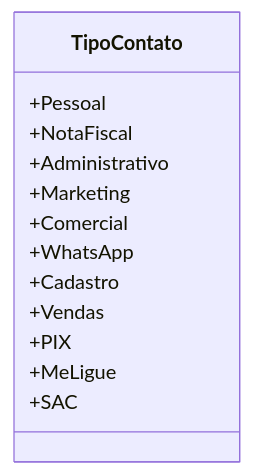
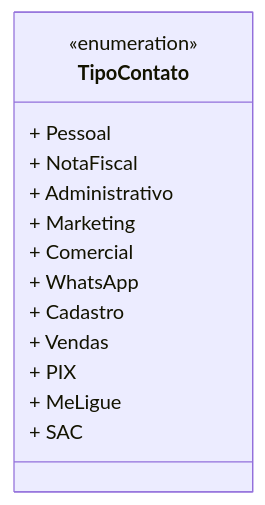
Before and after one commit to IsthmusSistemas/documentacao-tecnica: the diagram in docs/b2b-dominio/IsthmusWinthor.Nucleo/IsthmusWinthor.Dominio/Enumeradores/TipoContato.md, drawn with Mermaid. The commit also changed other lines of this file and 882 other files, not shown here.

````diff
--- a/docs/b2b-dominio/IsthmusWinthor.Nucleo/IsthmusWinthor.Dominio/Enumeradores/TipoContato.md
+++ b/docs/b2b-dominio/IsthmusWinthor.Nucleo/IsthmusWinthor.Dominio/Enumeradores/TipoContato.md
@@ -21,16 +15,17 @@
 ```mermaid
 classDiagram
     class TipoContato {
-        +Pessoal
-        +NotaFiscal
-        +Administrativo
-        +Marketing
-        +Comercial
-        +WhatsApp
-        +Cadastro
-        +Vendas
-        +PIX
-        +MeLigue
-        +SAC
+        <<enumeration>>
+        + Pessoal
+        + NotaFiscal
+        + Administrativo
+        + Marketing
+        + Comercial
+        + WhatsApp
+        + Cadastro
+        + Vendas
+        + PIX
+        + MeLigue
+        + SAC
     }
 ```
````
